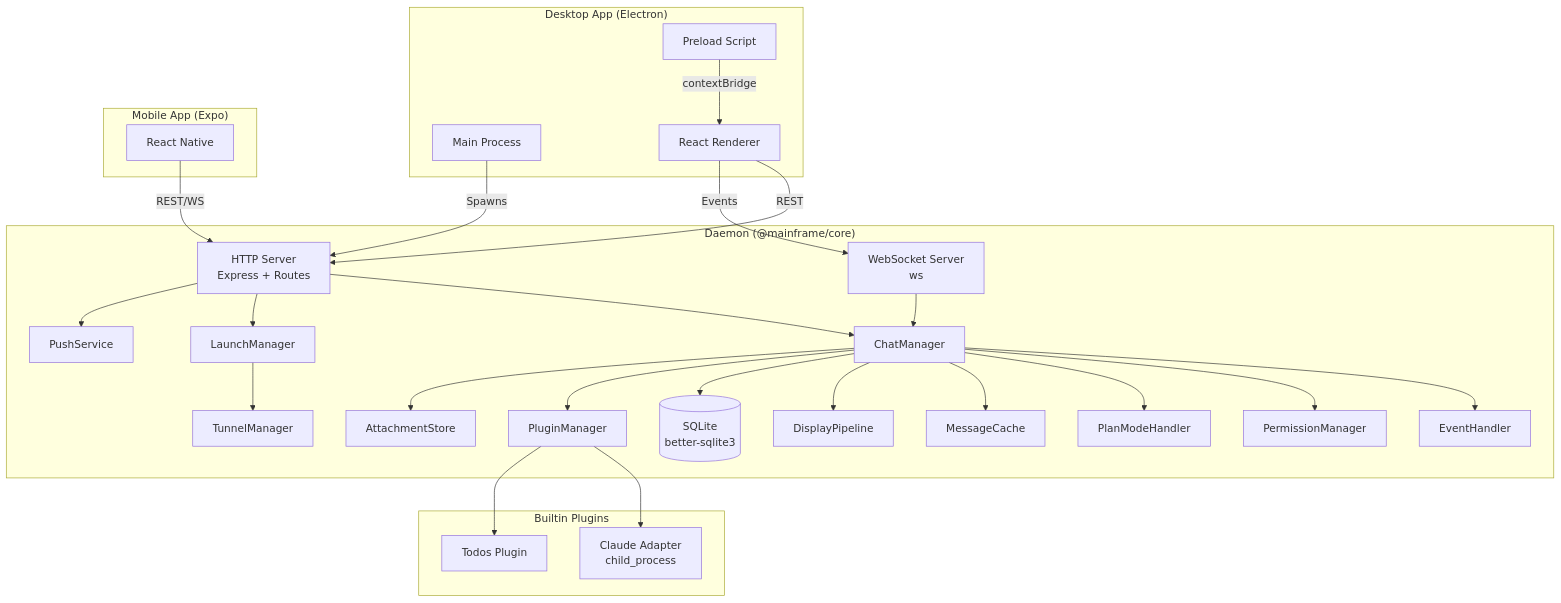
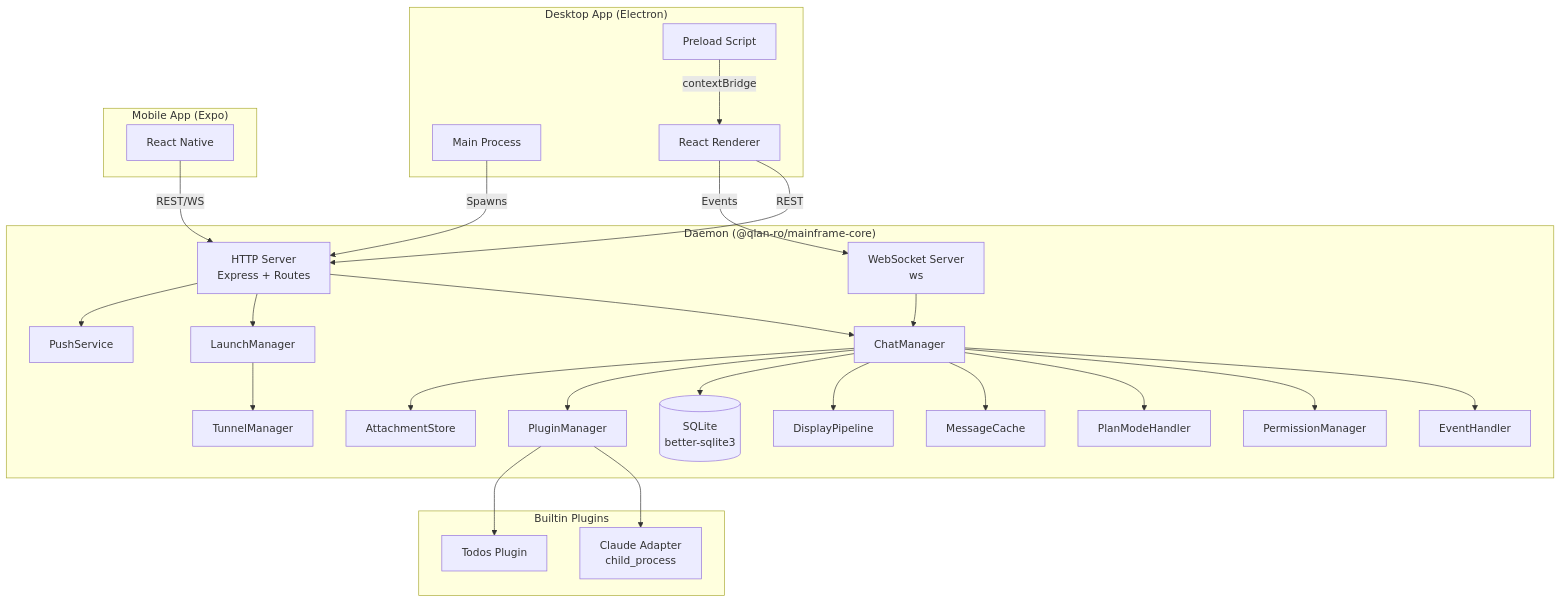
The first of 4 diagrams in docs/ARCHITECTURE.md (qlan-ro/mainframe), drawn with Mermaid before and after one commit. The commit also changed other lines of this file and 200 other files, not shown here.

First line of the commit message:
chore: rename all packages from @mainframe/* to @qlan-ro/mainframe-* (#35)

````diff
--- a/docs/ARCHITECTURE.md
+++ b/docs/ARCHITECTURE.md
@@ -17,56 +17,56 @@
 ```mermaid
 graph TB
     subgraph "Desktop App (Electron)"
         MainProcess[Main Process]
         Preload[Preload Script]
         Renderer[React Renderer]
     end
 
     subgraph "Mobile App (Expo)"
         MobileApp[React Native]
     end
 
-    subgraph "Daemon (@mainframe/core)"
+    subgraph "Daemon (@qlan-ro/mainframe-core)"
         HTTP[HTTP Server<br/>Express + Routes]
         WS[WebSocket Server<br/>ws]
         CM[ChatManager]
         EH[EventHandler]
         PM[PermissionManager]
         PMH[PlanModeHandler]
         MC[MessageCache]
         DP[DisplayPipeline]
         DB[(SQLite<br/>better-sqlite3)]
         PLG[PluginManager]
         LM[LaunchManager]
         TM[TunnelManager]
         PS[PushService]
         AS[AttachmentStore]
         CM --> EH
         CM --> PM
         CM --> PMH
         CM --> MC
         CM --> DP
     end
 
     subgraph "Builtin Plugins"
         Claude[Claude Adapter<br/>child_process]
         Todos[Todos Plugin]
     end
 
     Renderer -->|REST| HTTP
     Renderer -->|Events| WS
     MobileApp -->|REST/WS| HTTP
     MainProcess -->|Spawns| HTTP
     Preload -->|contextBridge| Renderer
 
     HTTP --> CM
     WS --> CM
     CM --> DB
     CM --> PLG
     CM --> AS
     PLG --> Claude
     PLG --> Todos
     HTTP --> LM
     LM --> TM
     HTTP --> PS
 ```
````
